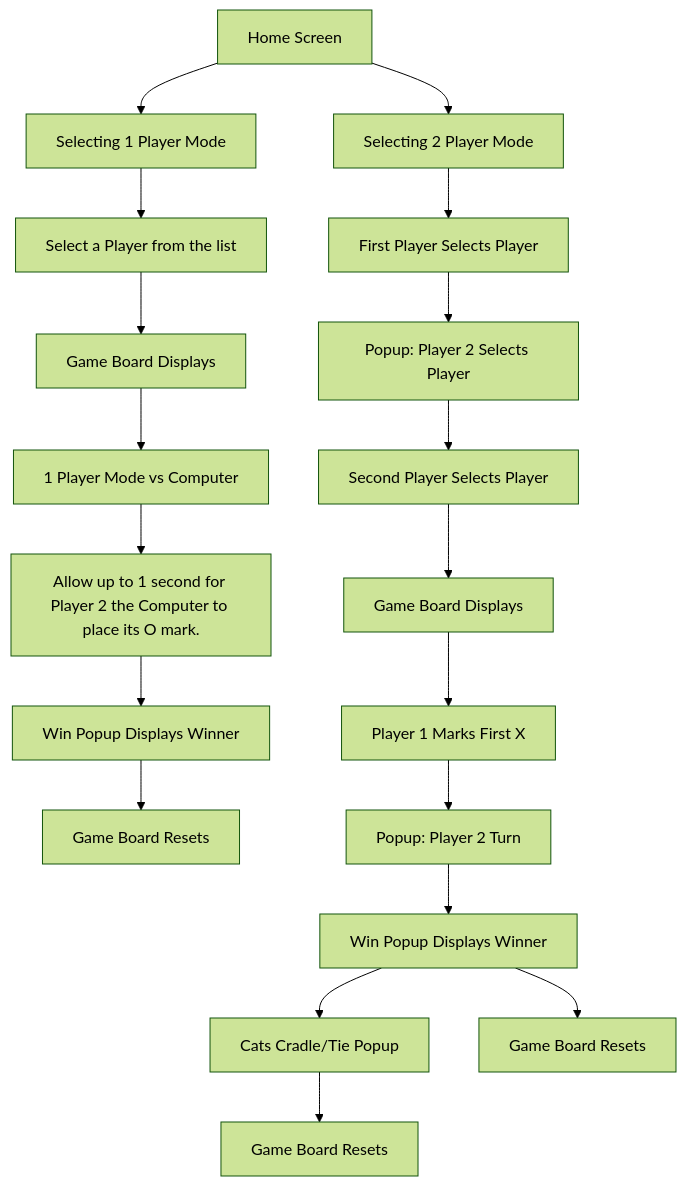
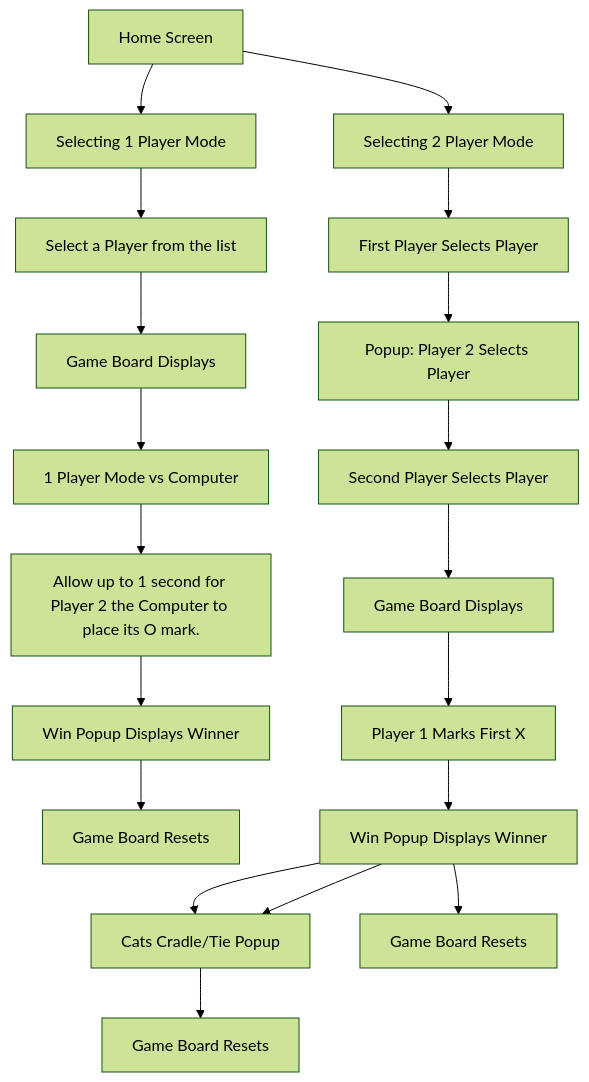
Before and after one commit to jfprogramming/tic-tac-toe: the second of 2 diagrams in README.md, drawn with Mermaid (forest theme).

````diff
--- a/README.md
+++ b/README.md
@@ -59,21 +59,21 @@
 ```mermaid
 graph TD
     A[Home Screen] --> B[Selecting 1 Player Mode]
     B --> C[Select a Player from the list]
     C --> D[Game Board Displays]
     D --> E[1 Player Mode vs Computer]
     E --> F[Allow up to 1 second for Player 2 the Computer to place its O mark.]
     F --> G[Win Popup Displays Winner]
     G --> H[Game Board Resets]
     A --> I[Selecting 2 Player Mode]
     I --> J[First Player Selects Player]
     J --> K[Popup: Player 2 Selects Player]
     K --> L[Second Player Selects Player]
     L --> M[Game Board Displays]
     M --> N[Player 1 Marks First X]
     N --> O[Popup: Player 2 Turn]
     O --> P[Game Complete]
-    P[Win Popup Displays Winner] --> Q[Cats Cradle/Tie Popup]
+    O[Win Popup Displays Winner] --> P[Cats Cradle/Tie Popup]
+    O --> Q[Game Board Resets]
     P --> R[Game Board Resets]
-    Q --> S[Game Board Resets]
 ```
````
